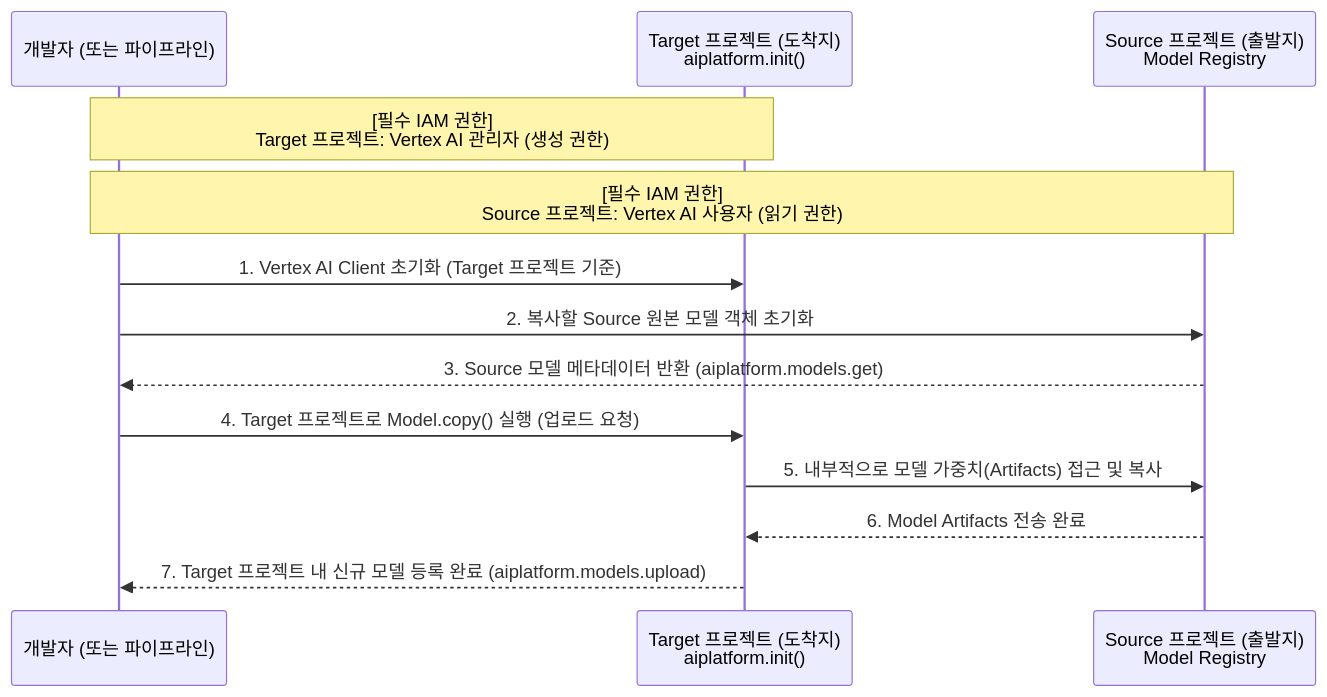
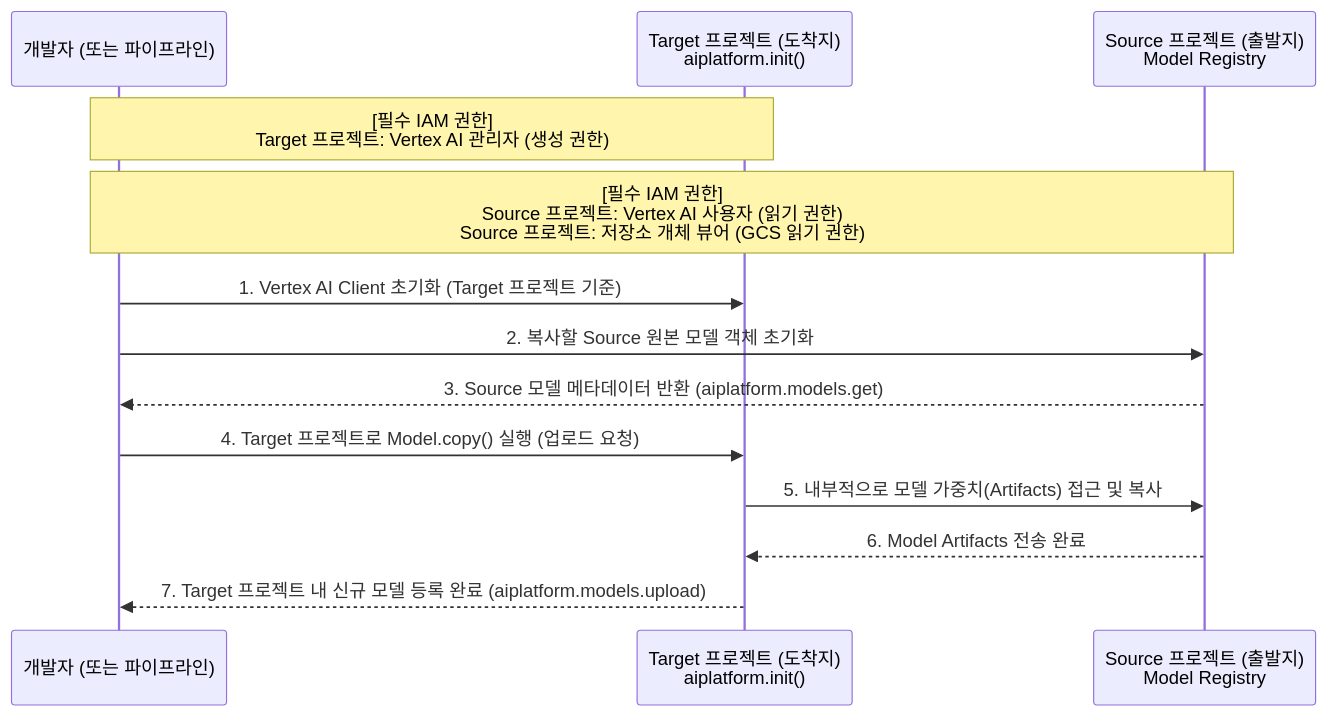
Before and after one commit to cjk0604/google-model-copy: the diagram in README.md, drawn with Mermaid.

Commit message:
update archi

````diff
--- a/README.md
+++ b/README.md
@@ -145,17 +145,17 @@
 ```mermaid
 sequenceDiagram
     participant User as 개발자 (또는 파이프라인)
     participant Target as Target 프로젝트 (도착지)<br>aiplatform.init()
     participant Source as Source 프로젝트 (출발지)<br>Model Registry
 
     Note over User,Target: [필수 IAM 권한]<br>Target 프로젝트: Vertex AI 관리자 (생성 권한)
-    Note over User,Source: [필수 IAM 권한]<br>Source 프로젝트: Vertex AI 사용자 (읽기 권한)
+    Note over User,Source: [필수 IAM 권한]<br>Source 프로젝트: Vertex AI 사용자 (읽기 권한)<br>Source 프로젝트: 저장소 개체 뷰어 (GCS 읽기 권한)
 
     User->>Target: 1. Vertex AI Client 초기화 (Target 프로젝트 기준)
     User->>Source: 2. 복사할 Source 원본 모델 객체 초기화
     Source-->>User: 3. Source 모델 메타데이터 반환 (aiplatform.models.get)
     User->>Target: 4. Target 프로젝트로 Model.copy() 실행 (업로드 요청)
     Target->>Source: 5. 내부적으로 모델 가중치(Artifacts) 접근 및 복사
     Source-->>Target: 6. Model Artifacts 전송 완료
     Target-->>User: 7. Target 프로젝트 내 신규 모델 등록 완료 (aiplatform.models.upload)
 ```
````
